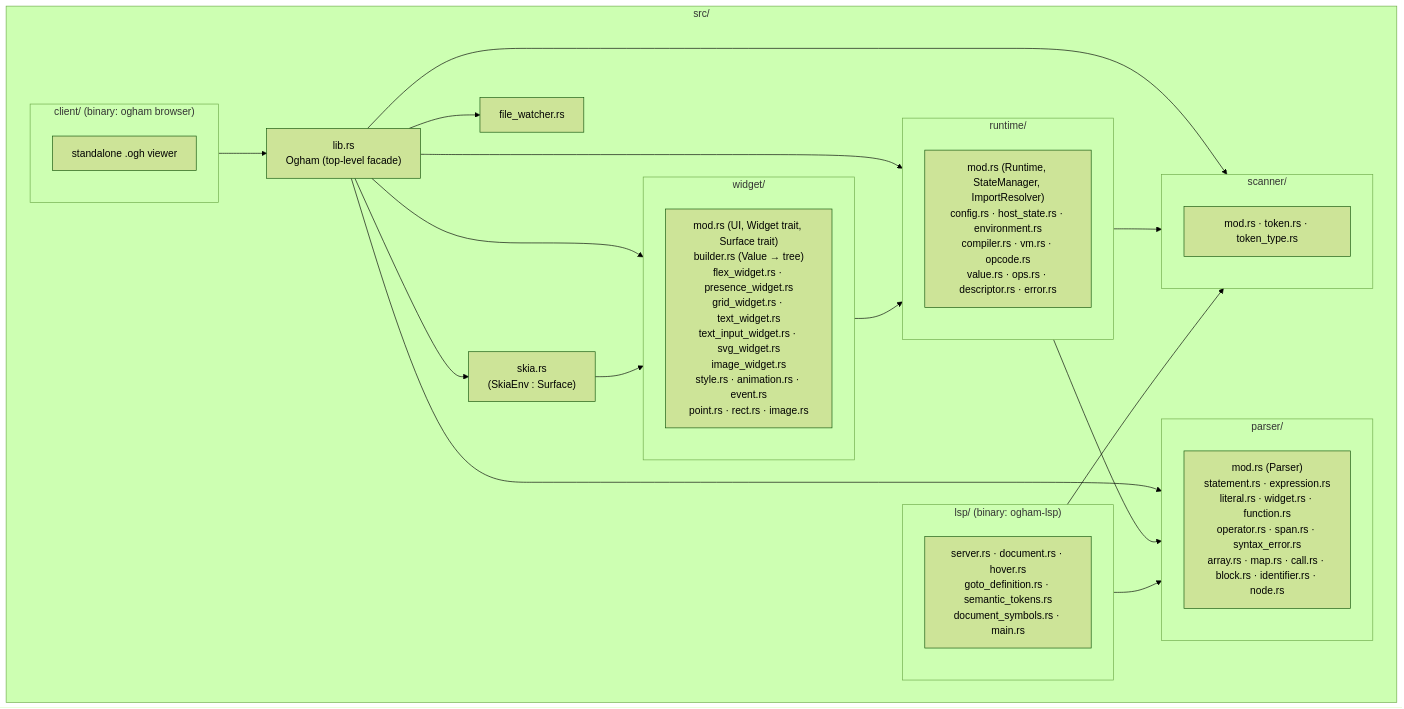
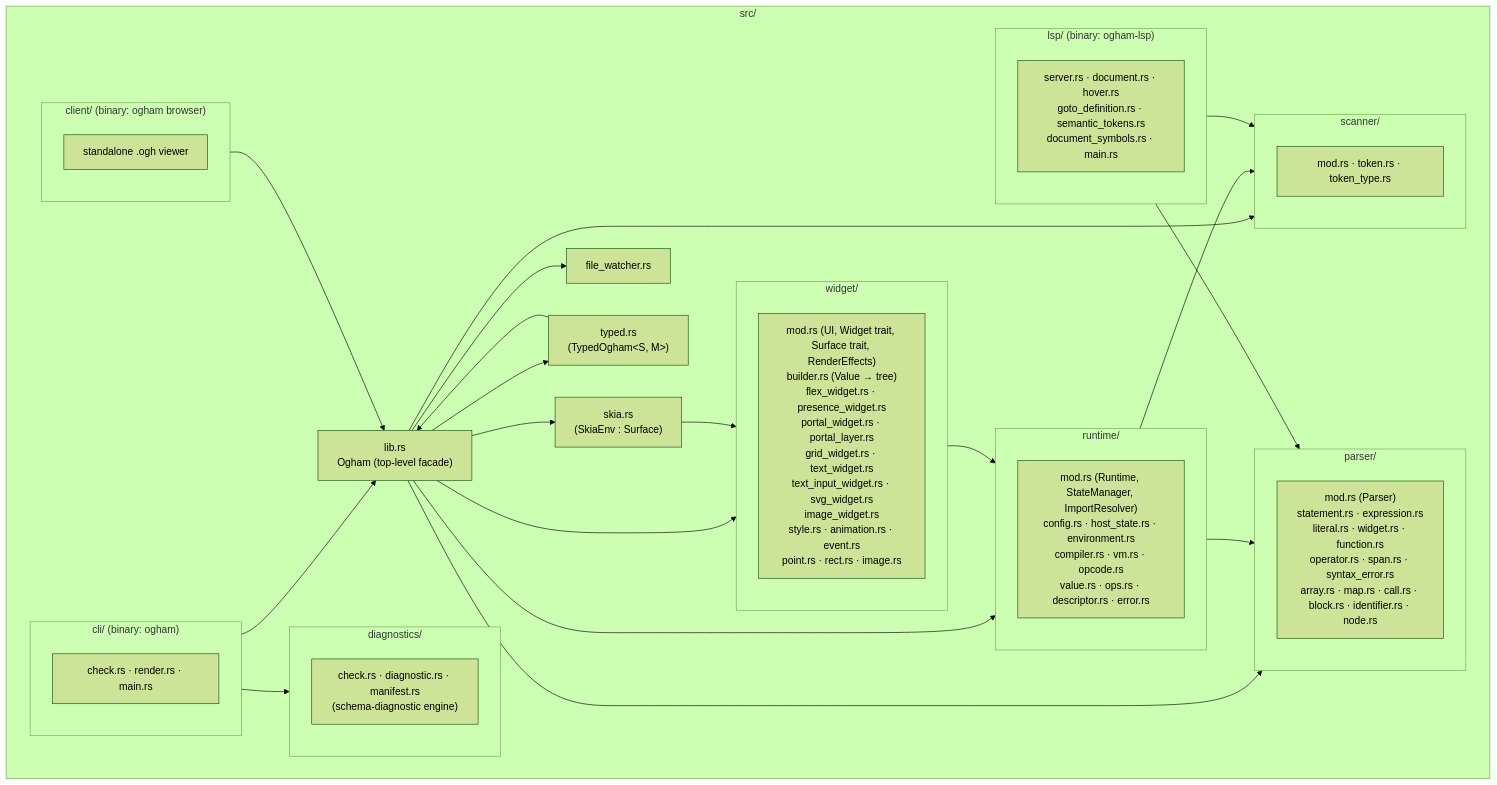
One commit to fian-team/ogham changed the fourth of 5 diagrams in docs/internal/ARCHITECTURE.md. Above: the diagram before and after it, drawn with Mermaid (forest theme). The commit also changed other lines of this file and 21 other files, not shown here.

````diff
--- a/docs/internal/ARCHITECTURE.md
+++ b/docs/internal/ARCHITECTURE.md
@@ -122,47 +136,60 @@
 ```mermaid
 flowchart TB
     subgraph src["src/"]
         lib["lib.rs<br/>Ogham (top-level facade)"]
 
         subgraph scanner["scanner/"]
             sc["mod.rs · token.rs · token_type.rs"]
         end
 
         subgraph parser["parser/"]
             pa["mod.rs (Parser)<br/>statement.rs · expression.rs<br/>literal.rs · widget.rs · function.rs<br/>operator.rs · span.rs · syntax_error.rs<br/>array.rs · map.rs · call.rs · block.rs · identifier.rs · node.rs"]
         end
 
         subgraph runtime["runtime/"]
             rt["mod.rs (Runtime, StateManager, ImportResolver)<br/>config.rs · host_state.rs · environment.rs<br/>compiler.rs · vm.rs · opcode.rs<br/>value.rs · ops.rs · descriptor.rs · error.rs"]
         end
 
         subgraph widget["widget/"]
-            w["mod.rs (UI, Widget trait, Surface trait)<br/>builder.rs (Value → tree)<br/>flex_widget.rs · presence_widget.rs<br/>grid_widget.rs · text_widget.rs<br/>text_input_widget.rs · svg_widget.rs<br/>image_widget.rs<br/>style.rs · animation.rs · event.rs<br/>point.rs · rect.rs · image.rs"]
+            w["mod.rs (UI, Widget trait, Surface trait, RenderEffects)<br/>builder.rs (Value → tree)<br/>flex_widget.rs · presence_widget.rs<br/>portal_widget.rs · portal_layer.rs<br/>grid_widget.rs · text_widget.rs<br/>text_input_widget.rs · svg_widget.rs<br/>image_widget.rs<br/>style.rs · animation.rs · event.rs<br/>point.rs · rect.rs · image.rs"]
+        end
+
+        subgraph diag["diagnostics/"]
+            dg["check.rs · diagnostic.rs · manifest.rs<br/>(schema-diagnostic engine)"]
+        end
+
+        subgraph cli["cli/ (binary: ogham)"]
+            cli_files["check.rs · render.rs · main.rs"]
         end
 
         subgraph lsp["lsp/ (binary: ogham-lsp)"]
             l["server.rs · document.rs · hover.rs<br/>goto_definition.rs · semantic_tokens.rs<br/>document_symbols.rs · main.rs"]
         end
 
         subgraph client["client/ (binary: ogham browser)"]
             c["standalone .ogh viewer"]
         end
 
+        typed["typed.rs<br/>(TypedOgham&lt;S, M&gt;)"]
         skia_mod["skia.rs<br/>(SkiaEnv : Surface)"]
         fw["file_watcher.rs"]
     end
 
     lib --> scanner
     lib --> parser
     lib --> runtime
     lib --> widget
     lib --> skia_mod
     lib --> fw
+    lib --> typed
     runtime --> parser
     runtime --> scanner
     widget --> runtime
     skia_mod --> widget
+    typed --> lib
+    cli --> diag
+    cli --> lib
     lsp --> scanner
     lsp --> parser
     client --> lib
 ```
````
